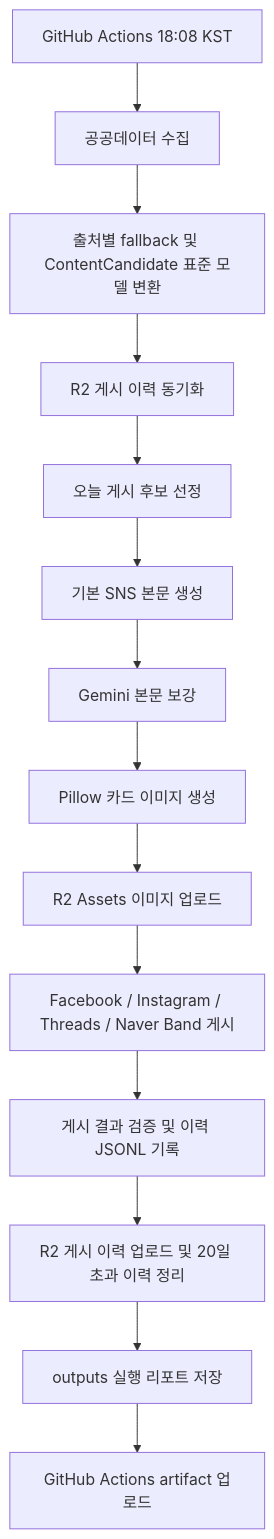
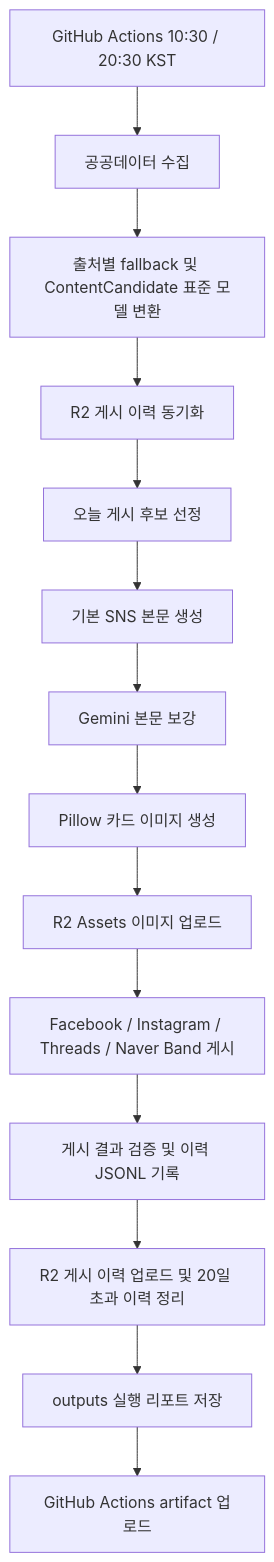
The diagram in README.md (lhjunkr/public-data-automation), drawn with Mermaid before and after one commit. The commit also changed other lines of this file and 1 other file, not shown here.

````diff
--- a/README.md
+++ b/README.md
@@ -53,16 +53,16 @@
 ```mermaid
 flowchart TD
-    A["GitHub Actions 18:08 KST"] --> B["공공데이터 수집"]
+    A["GitHub Actions 10:30 / 20:30 KST"] --> B["공공데이터 수집"]
     B --> C["출처별 fallback 및 ContentCandidate 표준 모델 변환"]
     C --> D["R2 게시 이력 동기화"]
     D --> E["오늘 게시 후보 선정"]
     E --> F["기본 SNS 본문 생성"]
     F --> G["Gemini 본문 보강"]
     G --> H["Pillow 카드 이미지 생성"]
     H --> I["R2 Assets 이미지 업로드"]
     I --> J["Facebook / Instagram / Threads / Naver Band 게시"]
     J --> K["게시 결과 검증 및 이력 JSONL 기록"]
     K --> L["R2 게시 이력 업로드 및 20일 초과 이력 정리"]
     L --> M["outputs 실행 리포트 저장"]
     M --> N["GitHub Actions artifact 업로드"]
 ```
````
